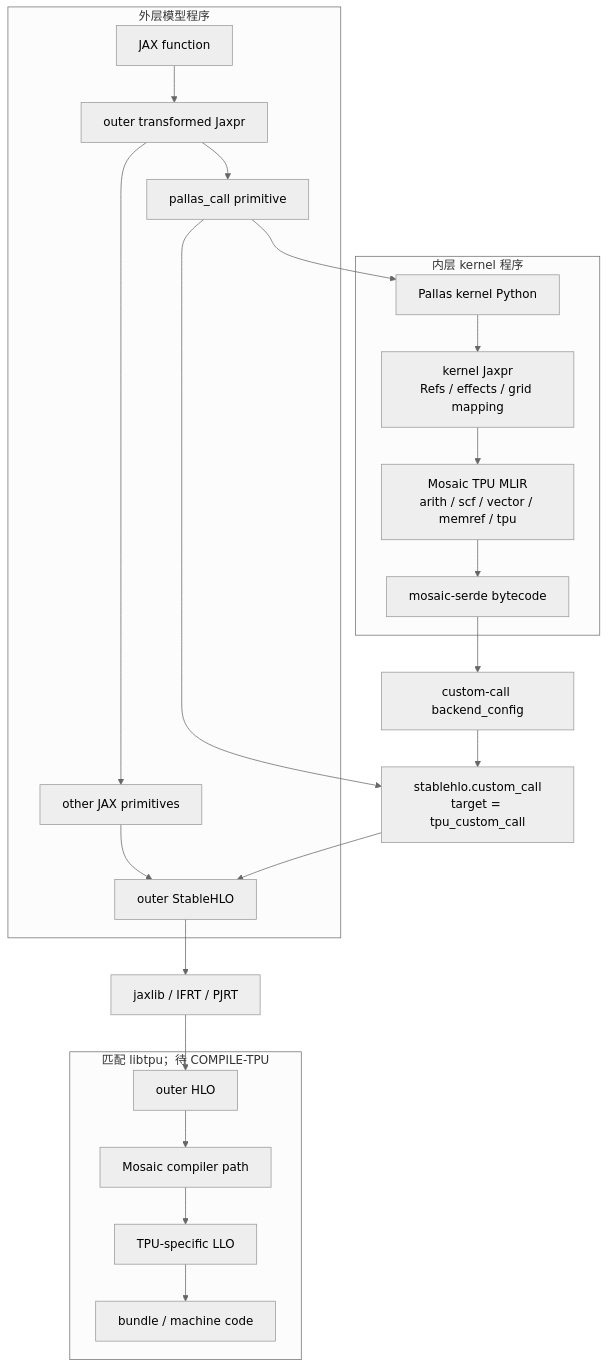
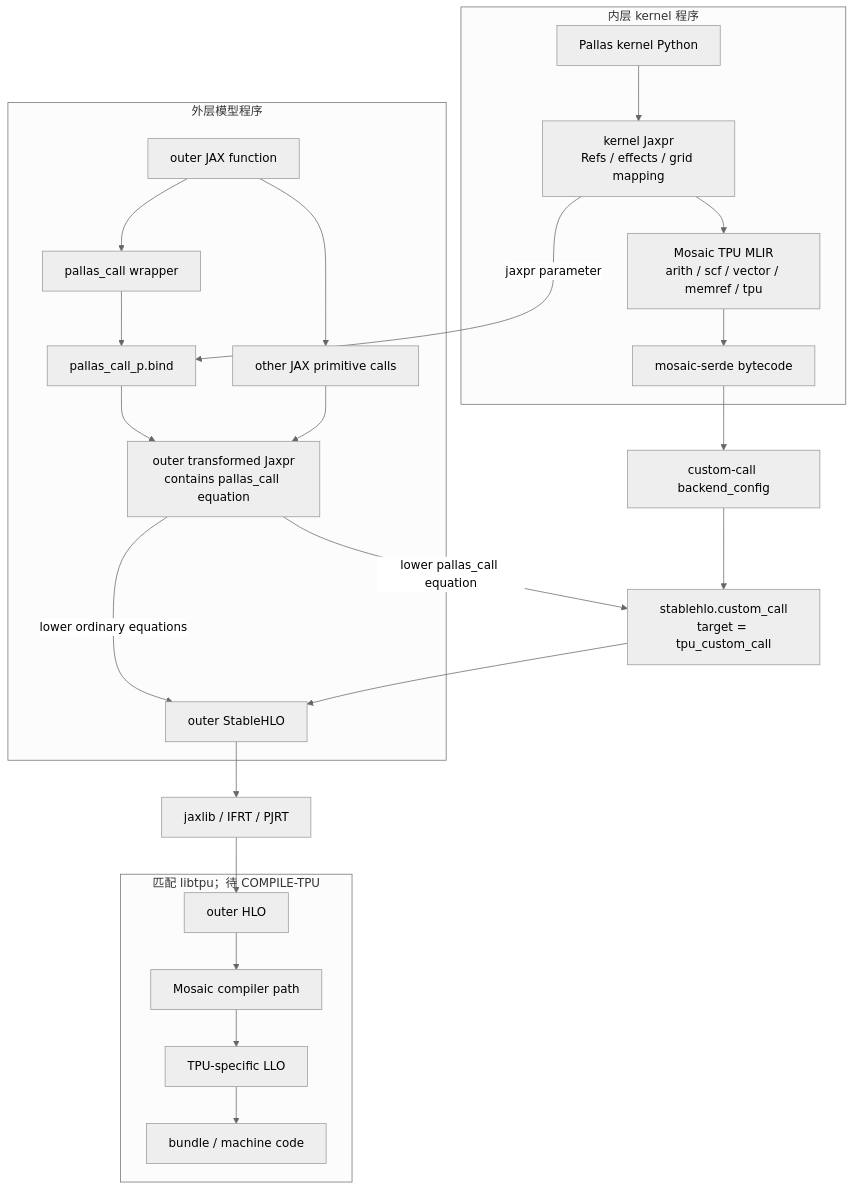
The first of 2 diagrams in docs/architecture/02-pallas-mosaic-tpu-path.md (0xaskr/jax-source-analysis), drawn with Mermaid (neutral theme) before and after one commit. The commit also changed other lines of this file and 40 other files, not shown here.

Commit message:
feat: establish JAX-to-TPU white-box foundation

````diff
--- a/docs/architecture/02-pallas-mosaic-tpu-path.md
+++ b/docs/architecture/02-pallas-mosaic-tpu-path.md
@@ -17,33 +19,35 @@
 ```mermaid
 flowchart TB
   subgraph OUTER["外层模型程序"]
-    MODEL["JAX function"] --> OJ["outer transformed Jaxpr"]
-    OJ --> OP["pallas_call primitive"]
-    OJ --> OTHER["other JAX primitives"]
-    OTHER --> OSHLO["outer StableHLO"]
+    MODEL["outer JAX function"] --> CALLSITE["pallas_call wrapper"]
+    CALLSITE --> OP["pallas_call_p.bind"]
+    OP --> OJ["outer transformed Jaxpr<br/>contains pallas_call equation"]
+    MODEL --> OTHER["other JAX primitive calls"]
+    OTHER --> OJ
+    OJ -->|"lower ordinary equations"| OSHLO["outer StableHLO"]
   end
 
   subgraph INNER["内层 kernel 程序"]
     KERNEL["Pallas kernel Python"] --> KJ["kernel Jaxpr<br/>Refs / effects / grid mapping"]
     KJ --> MOS["Mosaic TPU MLIR<br/>arith / scf / vector / memref / tpu"]
     MOS --> SER["mosaic-serde bytecode"]
   end
 
-  OP --> KERNEL
+  KJ -->|"jaxpr parameter"| OP
   SER --> CFG["custom-call backend_config"]
-  OP --> CC["stablehlo.custom_call<br/>target = tpu_custom_call"]
+  OJ -->|"lower pallas_call equation"| CC["stablehlo.custom_call<br/>target = tpu_custom_call"]
   CFG --> CC
   CC --> OSHLO
   OSHLO --> PJRT["jaxlib / IFRT / PJRT"]
 
   subgraph PRIVATE["匹配 libtpu；待 COMPILE-TPU"]
     HLO["outer HLO"]
     MC["Mosaic compiler path"]
     LLO["TPU-specific LLO"]
     CODE["bundle / machine code"]
   end
 
   PJRT --> HLO
   HLO --> MC
   MC --> LLO --> CODE
 ```
````
